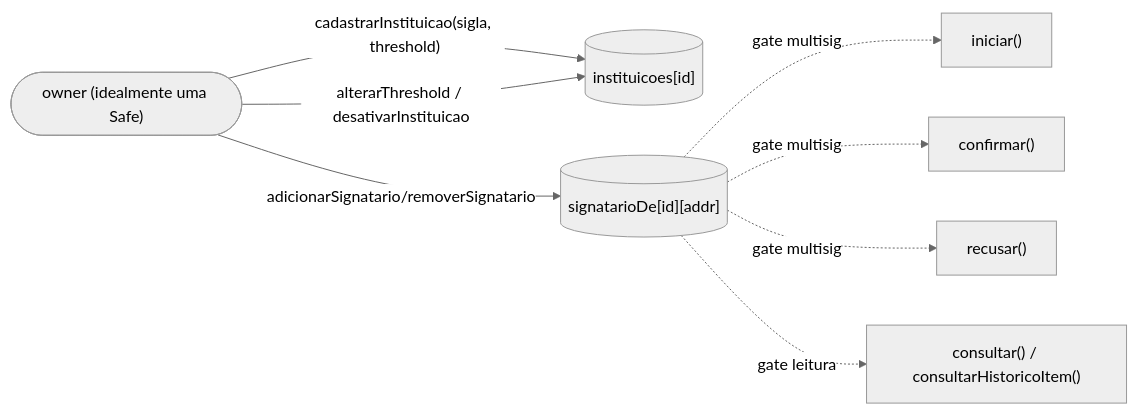
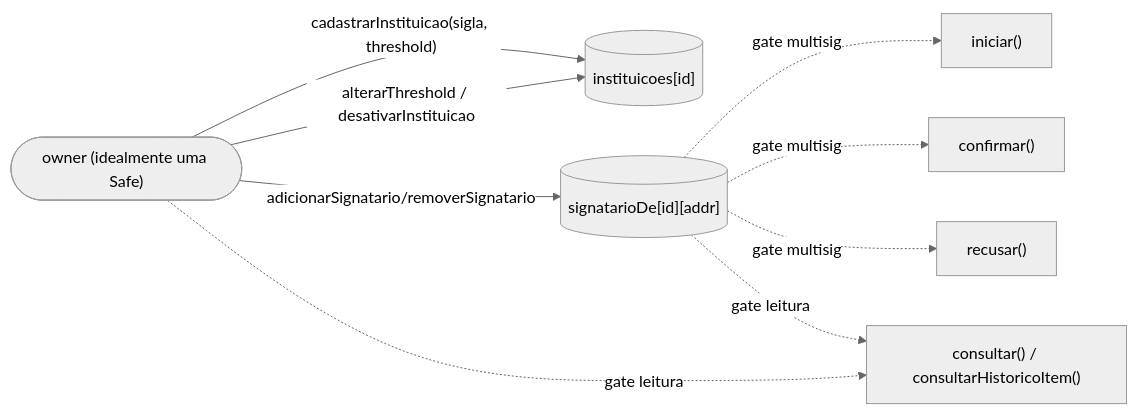
One commit to Pwsousa/Vinculum-Custodiae- changed the fifth of 6 diagrams in contratos/docs/diagramas.md. Above: the diagram before and after it, drawn with Mermaid (neutral theme). The commit also changed other lines of this file and 1 other file, not shown here.

Commit message:
atualizando o readme e o diagrama

````diff
--- a/contratos/docs/diagramas.md
+++ b/contratos/docs/diagramas.md
@@ -97,12 +128,13 @@
 ```mermaid
 flowchart LR
     Owner(["owner (idealmente uma Safe)"])
     Owner -- "cadastrarInstituicao(sigla, threshold)" --> Inst[("instituicoes[id]")]
     Owner -- "adicionarSignatario/removerSignatario" --> Sig[("signatarioDe[id][addr]")]
     Owner -- "alterarThreshold / desativarInstituicao" --> Inst
 
     Sig -.gate multisig.-> Iniciar["iniciar()"]
     Sig -.gate multisig.-> Confirmar["confirmar()"]
     Sig -.gate multisig.-> Recusar["recusar()"]
     Sig -.gate leitura.-> Consultar["consultar() / consultarHistoricoItem()"]
+    Owner -.gate leitura.-> Consultar
 ```
````
